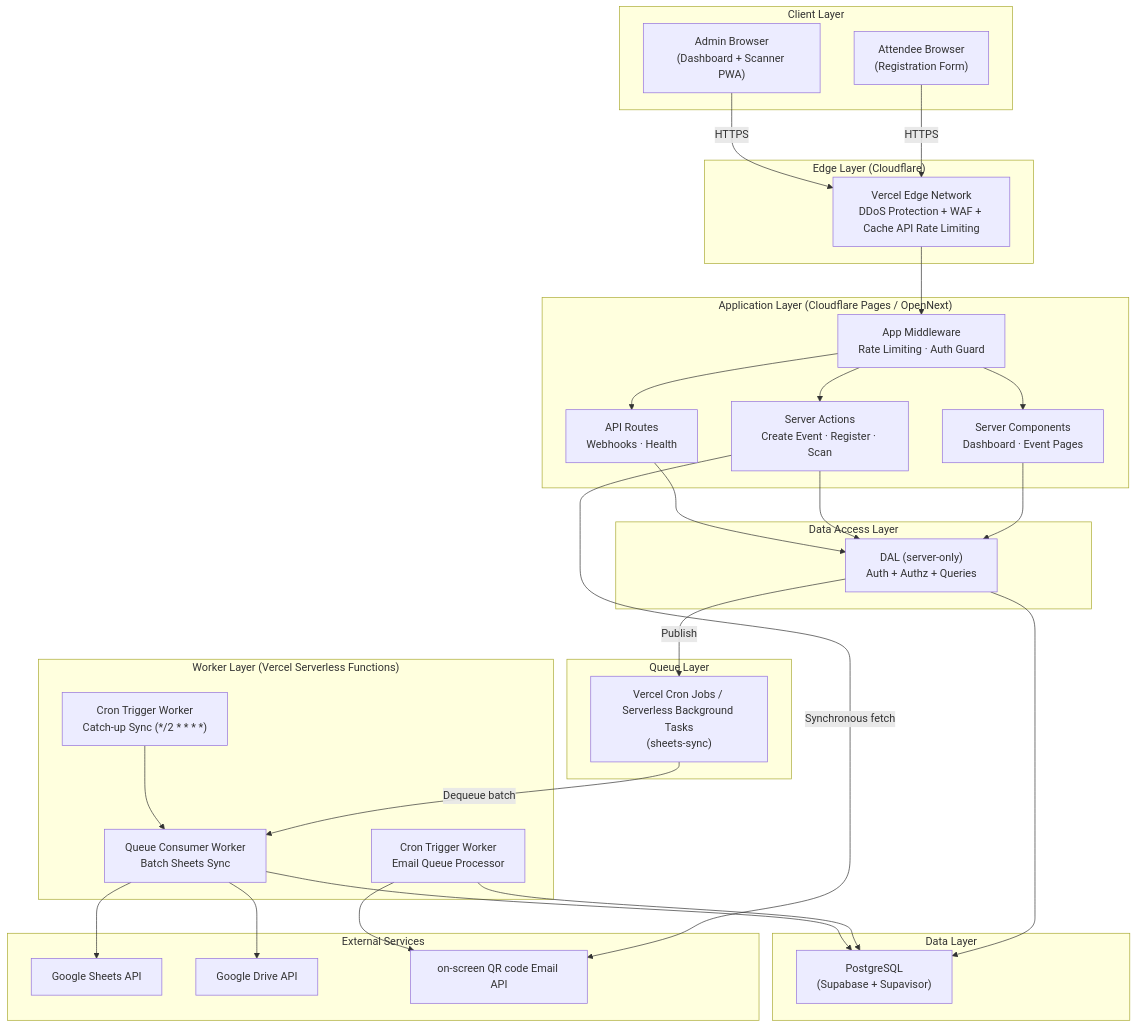
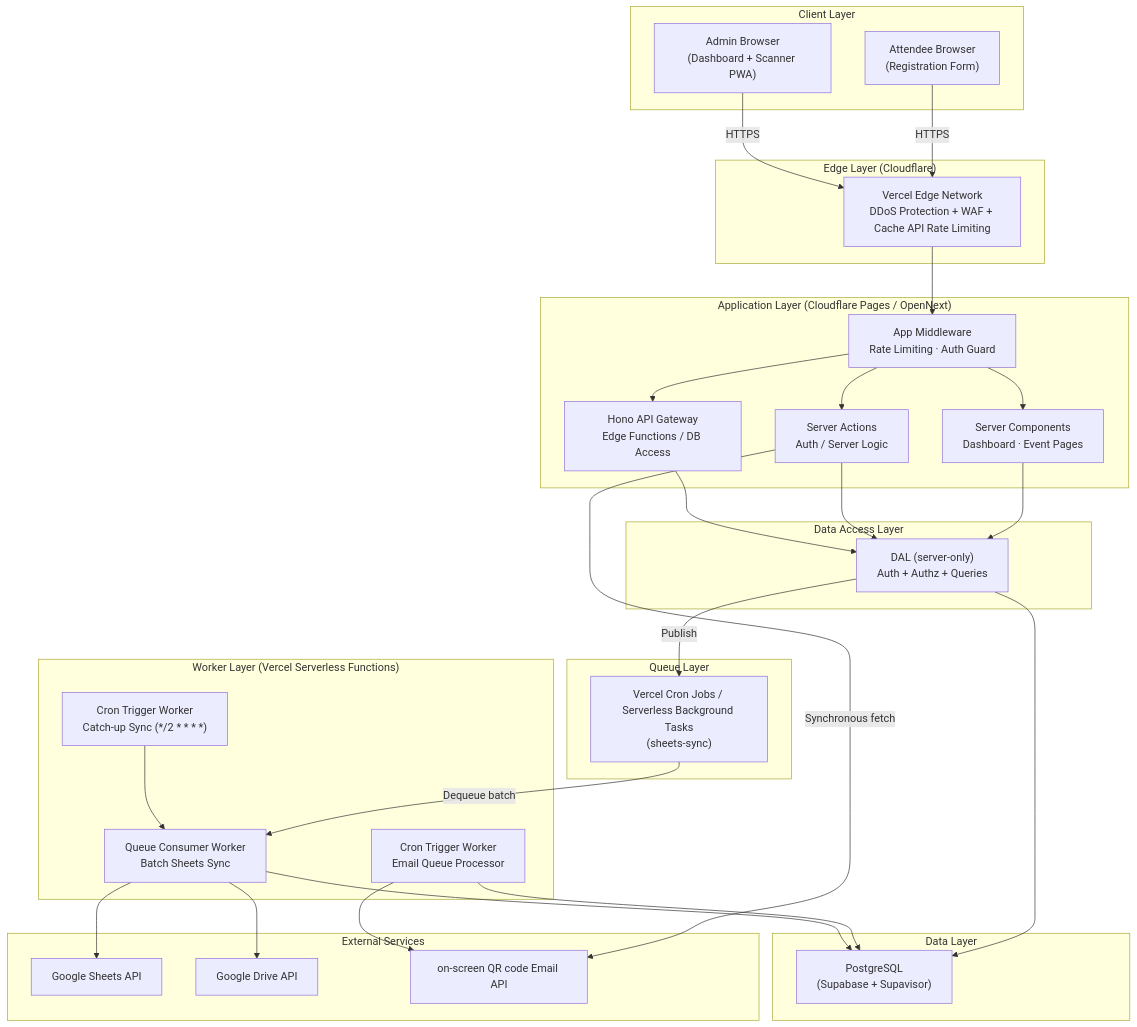
One commit to christian1202/FlowCheck changed the diagram in docs/architecture.md. Above: the diagram before and after it, drawn with Mermaid. The commit also changed other lines of this file and 57 other files, not shown here.

````diff
--- a/docs/architecture.md
+++ b/docs/architecture.md
@@ -13,62 +13,62 @@
 ```mermaid
 graph TB
     subgraph "Client Layer"
         A["Admin Browser<br/>(Dashboard + Scanner PWA)"]
         B["Attendee Browser<br/>(Registration Form)"]
     end
 
     subgraph "Edge Layer (Cloudflare)"
         C["Vercel Edge Network<br/>DDoS Protection + WAF + Cache API Rate Limiting"]
     end
 
     subgraph "Application Layer (Cloudflare Pages / OpenNext)"
         D["Server Components<br/>Dashboard · Event Pages"]
-        E["Server Actions<br/>Create Event · Register · Scan"]
-        F["API Routes<br/>Webhooks · Health"]
+        E["Server Actions<br/>Auth / Server Logic"]
+        F["Hono API Gateway<br/>Edge Functions / DB Access"]
         G["App Middleware<br/>Rate Limiting · Auth Guard"]
     end
 
     subgraph "Data Access Layer"
         H["DAL (server-only)<br/>Auth + Authz + Queries"]
     end
 
     subgraph "Data Layer"
         I["PostgreSQL<br/>(Supabase + Supavisor)"]
     end
 
     subgraph "Queue Layer"
         J["Vercel Cron Jobs / Serverless Background Tasks<br/>(sheets-sync)"]
     end
 
     subgraph "Worker Layer (Vercel Serverless Functions)"
         K["Queue Consumer Worker<br/>Batch Sheets Sync"]
         L["Cron Trigger Worker<br/>Catch-up Sync (*/2 * * * *)"]
         P["Cron Trigger Worker<br/>Email Queue Processor"]
     end
 
     subgraph "External Services"
         M["Google Sheets API"]
         N["Google Drive API"]
         O["on-screen QR code Email API"]
     end
 
     B -->|HTTPS| C
     A -->|HTTPS| C
     C --> G
     G --> D
     G --> E
     G --> F
     D --> H
     E --> H
     F --> H
     H --> I
     E -->|Synchronous fetch| O
     H -->|Publish| J
     J -->|Dequeue batch| K
     L --> K
     P --> O
     P --> I
     K --> M
     K --> N
     K --> I
 ```
````
